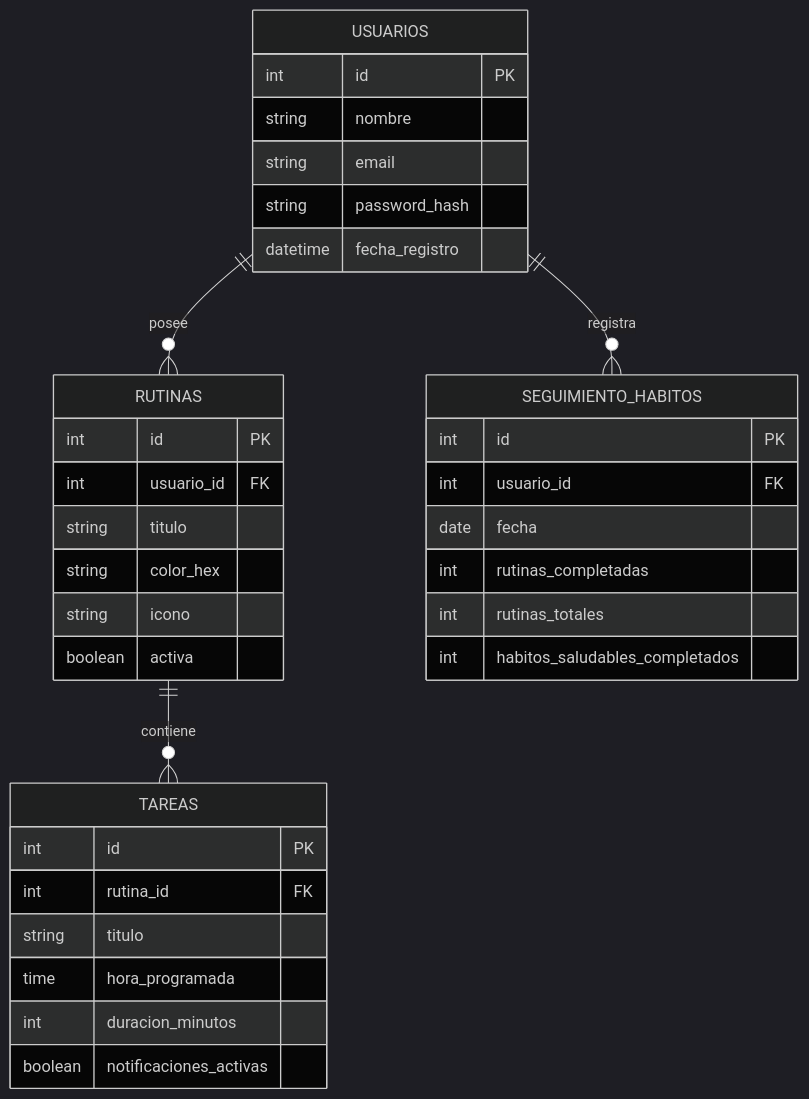
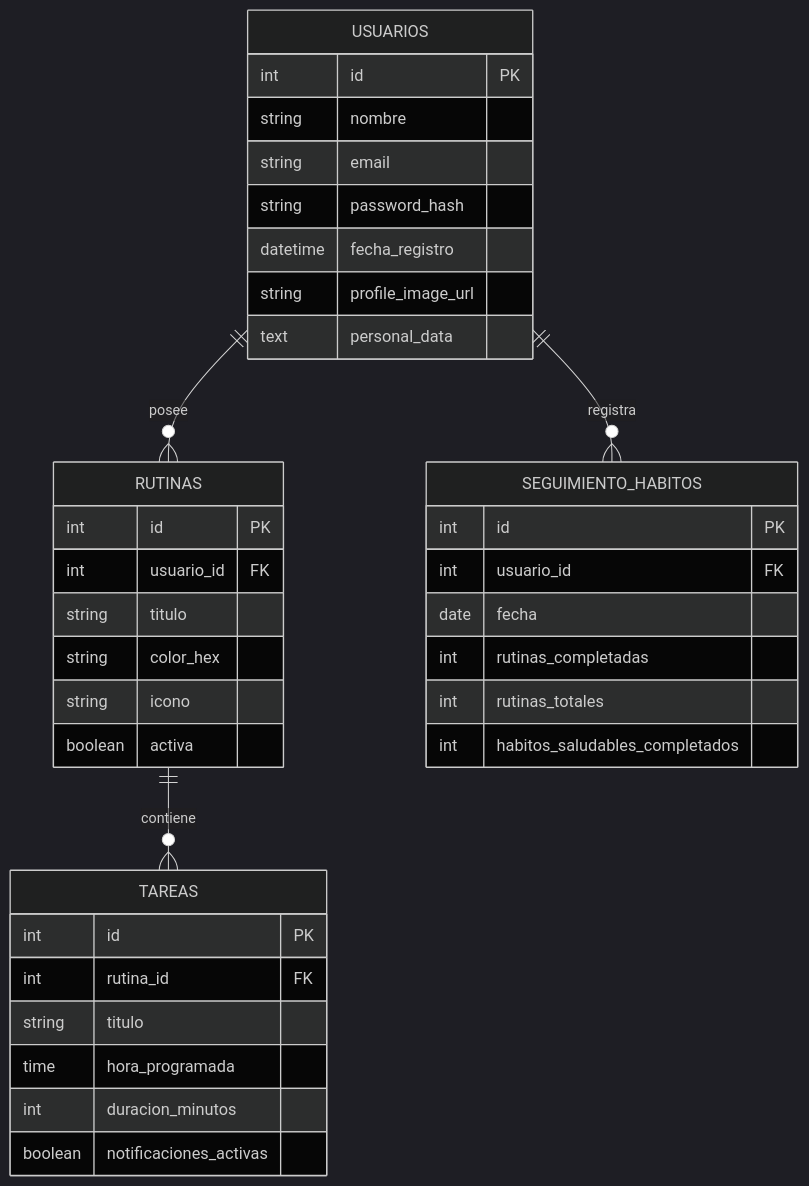
Before and after one commit to Darwin-Cabezas/Organiza-tu-Rutina: the second of 2 diagrams in documentacion_tecnica.md, drawn with Mermaid (dark theme). The commit also changed other lines of this file and 6 other files, not shown here.

````diff
--- a/documentacion_tecnica.md
+++ b/documentacion_tecnica.md
@@ -55,41 +55,43 @@
 ```mermaid
 erDiagram
     USUARIOS ||--o{ RUTINAS : posee
     RUTINAS ||--o{ TAREAS : contiene
     USUARIOS ||--o{ SEGUIMIENTO_HABITOS : registra
 
     USUARIOS {
         int id PK
         string nombre
         string email
         string password_hash
         datetime fecha_registro
+        string profile_image_url
+        text personal_data
     }
 
     RUTINAS {
         int id PK
         int usuario_id FK
         string titulo
         string color_hex
         string icono
         boolean activa
     }
 
     TAREAS {
         int id PK
         int rutina_id FK
         string titulo
         time hora_programada
         int duracion_minutos
         boolean notificaciones_activas
     }
 
     SEGUIMIENTO_HABITOS {
         int id PK
         int usuario_id FK
         date fecha
         int rutinas_completadas
         int rutinas_totales
         int habitos_saludables_completados
     }
 ```
````
